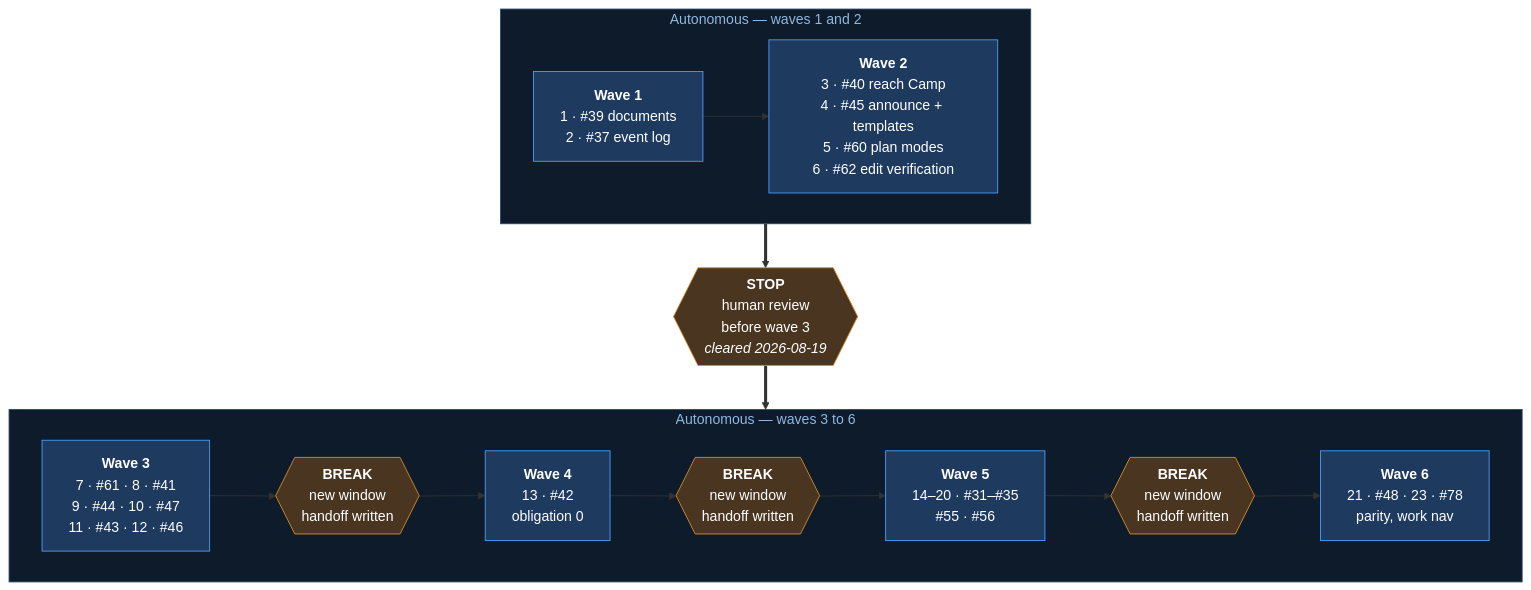
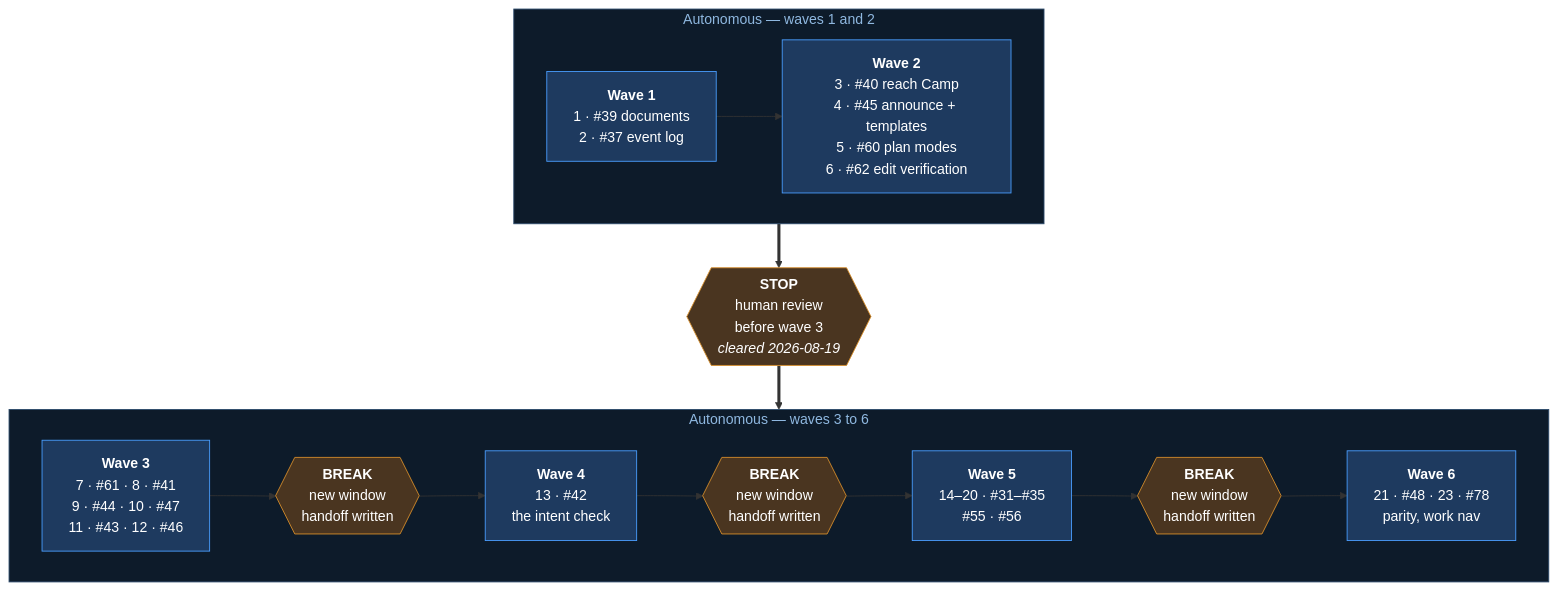
Before and after one commit to Calyx-Engineering/arc: the third of 3 diagrams in docs/arc-log/arc-03-camp.md, drawn with Mermaid. The commit also changed other lines of this file and 28 other files, not shown here.

````diff
--- a/docs/arc-log/arc-03-camp.md
+++ b/docs/arc-log/arc-03-camp.md
@@ -161,24 +161,24 @@
 ```mermaid
 flowchart TB
     subgraph A[" Autonomous — waves 1 and 2 "]
         direction LR
         W1["<b>Wave 1</b><br/>1 · #39 documents<br/>2 · #37 event log"] --> W2["<b>Wave 2</b><br/>3 · #40 reach Camp<br/>4 · #45 announce + templates<br/>5 · #60 plan modes<br/>6 · #62 edit verification"]
     end
     A ==> STOP{{"<b>STOP</b><br/>human review<br/>before wave 3<br/><i>cleared 2026-08-19</i>"}}
     subgraph B[" Autonomous — waves 3 to 6 "]
         direction LR
         W3["<b>Wave 3</b><br/>7 · #61 · 8 · #41<br/>9 · #44 · 10 · #47<br/>11 · #43 · 12 · #46"] --> BR3{{"<b>BREAK</b><br/>new window<br/>handoff written"}}
-        BR3 --> W4["<b>Wave 4</b><br/>13 · #42<br/>obligation 0"]
+        BR3 --> W4["<b>Wave 4</b><br/>13 · #42<br/>the intent check"]
         W4 --> BR4{{"<b>BREAK</b><br/>new window<br/>handoff written"}}
         BR4 --> W5["<b>Wave 5</b><br/>14–20 · #31–#35<br/>#55 · #56"]
         W5 --> BR5{{"<b>BREAK</b><br/>new window<br/>handoff written"}}
         BR5 --> W6["<b>Wave 6</b><br/>21 · #48 · 23 · #78<br/>parity, work nav"]
     end
     STOP ==> B
     classDef n fill:#1e3a5f,stroke:#4a9eff,color:#fff
     classDef s fill:#4a3520,stroke:#d98f2b,color:#fff
     class W1,W2,W3,W4,W5,W6 n
     class STOP,BR3,BR4,BR5 s
     style A fill:#0d1b2a,stroke:#2c4a6b,color:#8fb8e0
     style B fill:#0d1b2a,stroke:#2c4a6b,color:#8fb8e0
 ```
````
